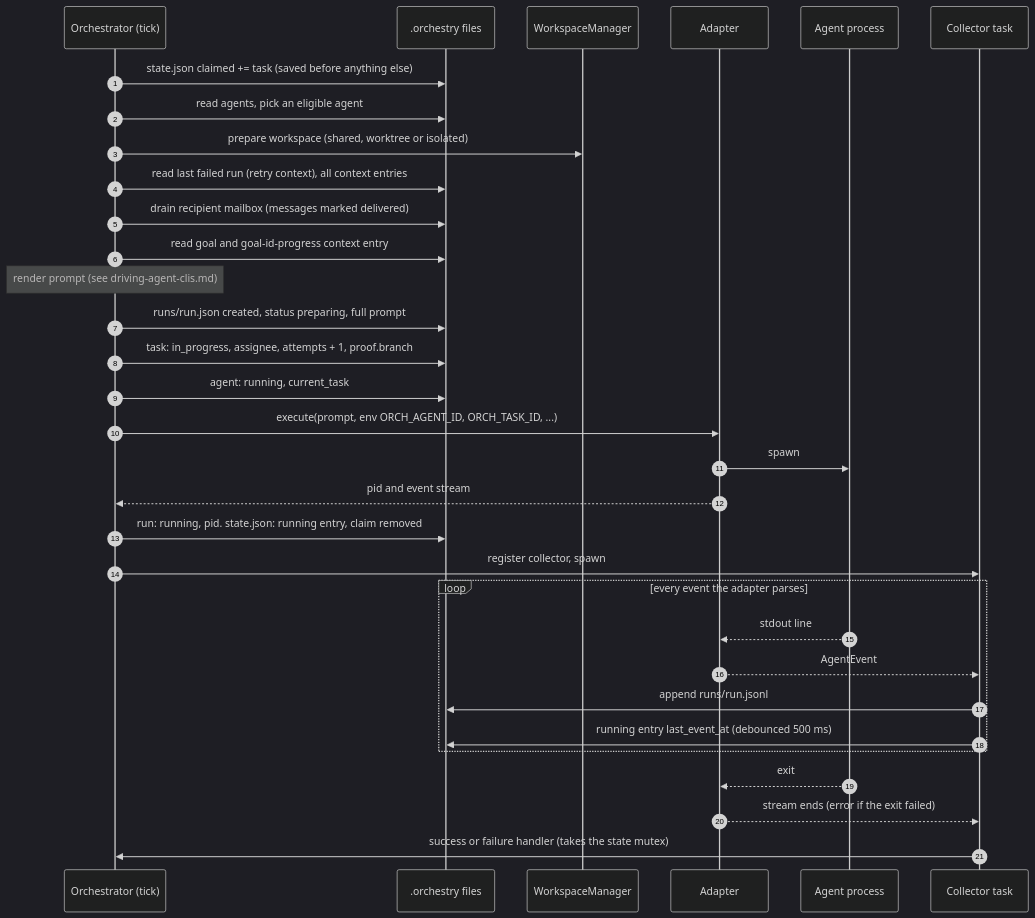
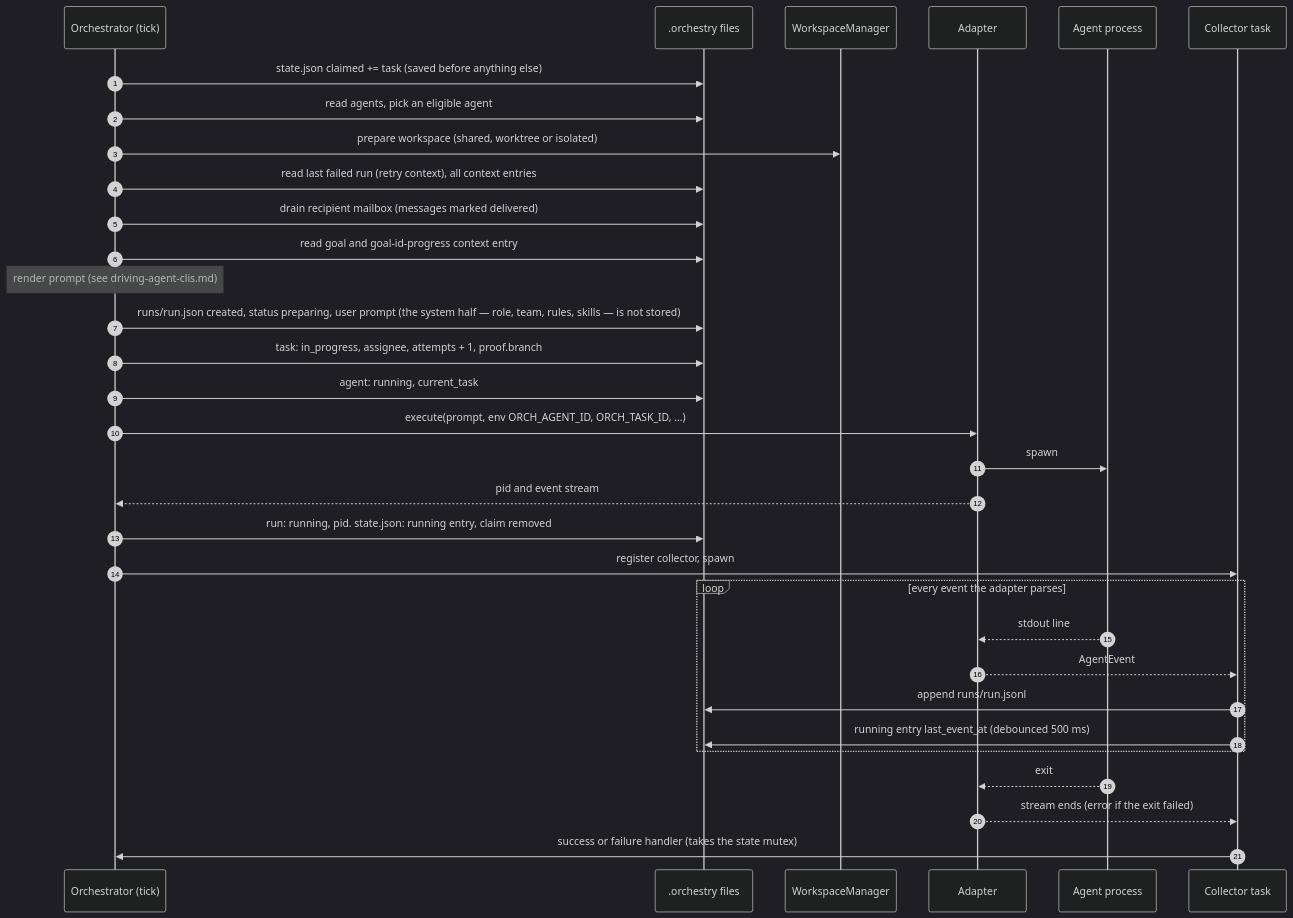
Before and after one commit to yuxhuang/r-orch: the third of 11 diagrams in docs/internal/orchestration.md, drawn with Mermaid (dark theme). The commit also changed other lines of this file and 1 other file, not shown here.

````diff
--- a/docs/internal/orchestration.md
+++ b/docs/internal/orchestration.md
@@ -250,35 +251,35 @@
 ```mermaid
 sequenceDiagram
     autonumber
     participant O as Orchestrator (tick)
     participant FS as .orchestry files
     participant W as WorkspaceManager
     participant AD as Adapter
     participant CH as Agent process
     participant CO as Collector task
 
     O->>FS: state.json claimed += task (saved before anything else)
     O->>FS: read agents, pick an eligible agent
     O->>W: prepare workspace (shared, worktree or isolated)
     O->>FS: read last failed run (retry context), all context entries
     O->>FS: drain recipient mailbox (messages marked delivered)
     O->>FS: read goal and goal-id-progress context entry
     Note over O: render prompt (see driving-agent-clis.md)
-    O->>FS: runs/run.json created, status preparing, full prompt
+    O->>FS: runs/run.json created, status preparing, user prompt (the system half — role, team, rules, skills — is not stored)
     O->>FS: task: in_progress, assignee, attempts + 1, proof.branch
     O->>FS: agent: running, current_task
     O->>AD: execute(prompt, env ORCH_AGENT_ID, ORCH_TASK_ID, ...)
     AD->>CH: spawn
     AD-->>O: pid and event stream
     O->>FS: run: running, pid. state.json: running entry, claim removed
     O->>CO: register collector, spawn
     loop every event the adapter parses
         CH-->>AD: stdout line
         AD-->>CO: AgentEvent
         CO->>FS: append runs/run.jsonl
         CO->>FS: running entry last_event_at (debounced 500 ms)
     end
     CH-->>AD: exit
     AD-->>CO: stream ends (error if the exit failed)
     CO->>O: success or failure handler (takes the state mutex)
 ```
````
